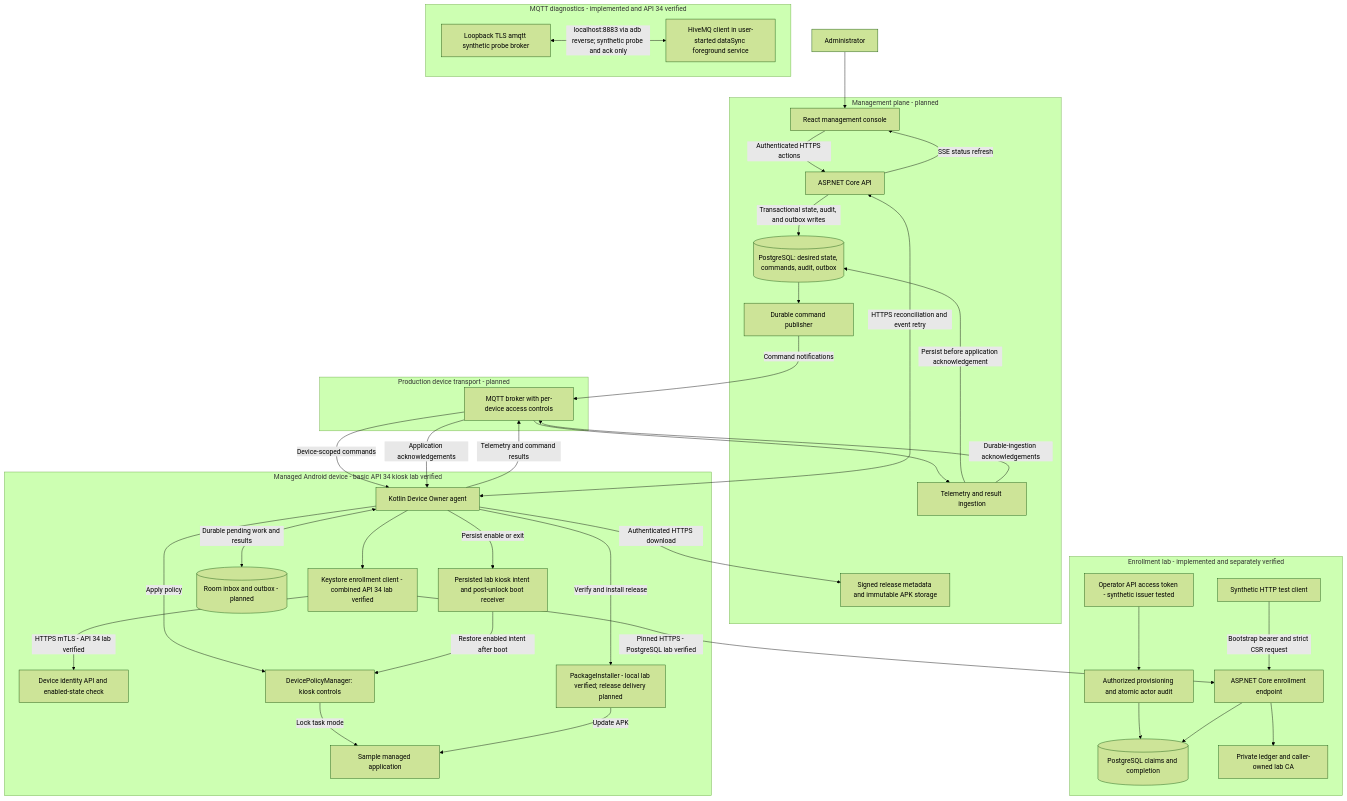
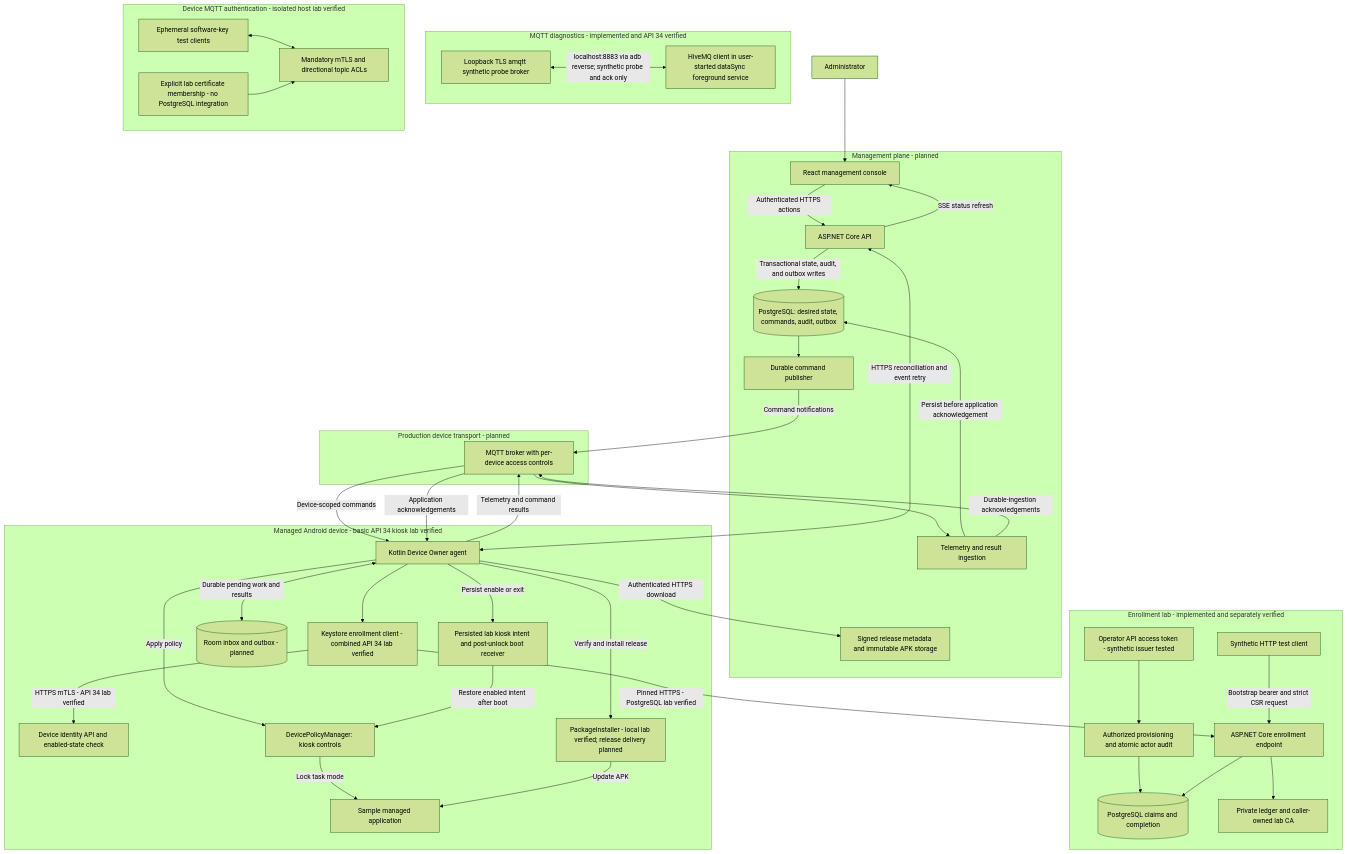
The diagram in README.md (michaelnwanna/custom-android-mdm-agent), drawn with Mermaid (forest theme) before and after one commit. The commit also changed other lines of this file and 45 other files, not shown here.

Commit message:
Add isolated MQTT device mTLS and directional topic ACL lab

````diff
--- a/README.md
+++ b/README.md
@@ -49,72 +51,80 @@
 ```mermaid
 flowchart TB
 	Admin[Administrator]
 
 	subgraph EnrollmentLab["Enrollment lab - implemented and separately verified"]
 		EnrollmentClient[Synthetic HTTP test client]
 		OperatorToken[Operator API access token - synthetic issuer tested]
 		Provisioning[Authorized provisioning and atomic actor audit]
 		OperatorToken --> Provisioning
 		Provisioning --> EnrollmentDB
 		EnrollmentAPI[ASP.NET Core enrollment endpoint]
 		EnrollmentDB[(PostgreSQL claims and completion)]
 		LabSigner[Private ledger and caller-owned lab CA]
 		EnrollmentClient -->|Bootstrap bearer and strict CSR request| EnrollmentAPI
 		EnrollmentAPI --> EnrollmentDB
 		EnrollmentAPI --> LabSigner
 	end
 
 	subgraph Management["Management plane - planned"]
 		Console[React management console]
 		API[ASP.NET Core API]
 		DB[(PostgreSQL: desired state, commands, audit, outbox)]
 		Publisher[Durable command publisher]
 		Ingest[Telemetry and result ingestion]
 		Artifacts[Signed release metadata and immutable APK storage]
 	end
 
 	subgraph Transport["Production device transport - planned"]
 		Broker[MQTT broker with per-device access controls]
 	end
 
 	subgraph Diagnostics["MQTT diagnostics - implemented and API 34 verified"]
 		LabBroker[Loopback TLS amqtt synthetic probe broker]
 		LabService[HiveMQ client in user-started dataSync foreground service]
+	end
+
+	subgraph DeviceMqttLab["Device MQTT authentication - isolated host lab verified"]
+		SoftwareClients[Ephemeral software-key test clients]
+		DeviceLabBroker[Mandatory mTLS and directional topic ACLs]
+		LabMembership[Explicit lab certificate membership - no PostgreSQL integration]
+		SoftwareClients <--> DeviceLabBroker
+		LabMembership --> DeviceLabBroker
 	end
 
 	subgraph Device["Managed Android device - basic API 34 kiosk lab verified"]
 		Agent[Kotlin Device Owner agent]
 		DeviceEnrollment[Keystore enrollment client - combined API 34 lab verified]
 		Agent --> DeviceEnrollment
 		DeviceEnrollment -->|Pinned HTTPS - PostgreSQL lab verified| EnrollmentAPI
 		DeviceEnrollment -->|HTTPS mTLS - API 34 lab verified| DeviceIdentity[Device identity API and enabled-state check]
 		Room[(Room inbox and outbox - planned)]
 		Policy[DevicePolicyManager: kiosk controls]
 		Boot[Persisted lab kiosk intent and post-unlock boot receiver]
 		Installer[PackageInstaller - local lab verified; release delivery planned]
 		Sample[Sample managed application]
 	end
 
 	Admin --> Console
 	LabBroker <-->|localhost:8883 via adb reverse; synthetic probe and ack only| LabService
 	Console -->|Authenticated HTTPS actions| API
 	API -->|Transactional state, audit, and outbox writes| DB
 	DB --> Publisher
 	Publisher -->|Command notifications| Broker
 	Broker -->|Device-scoped commands| Agent
 	Agent <-->|Durable pending work and results| Room
 	Agent -->|Apply policy| Policy
 	Agent -->|Persist enable or exit| Boot
 	Boot -->|Restore enabled intent after boot| Policy
 	Policy -->|Lock task mode| Sample
 	Agent -->|Verify and install release| Installer
 	Installer -->|Update APK| Sample
 	Agent -->|Authenticated HTTPS download| Artifacts
 	Agent -->|Telemetry and command results| Broker
 	Broker --> Ingest
 	Ingest -->|Persist before application acknowledgement| DB
 	Ingest -->|Durable-ingestion acknowledgements| Broker
 	Broker -->|Application acknowledgements| Agent
 	Agent <-->|HTTPS reconciliation and event retry| API
 	API -->|SSE status refresh| Console
 ```
````
